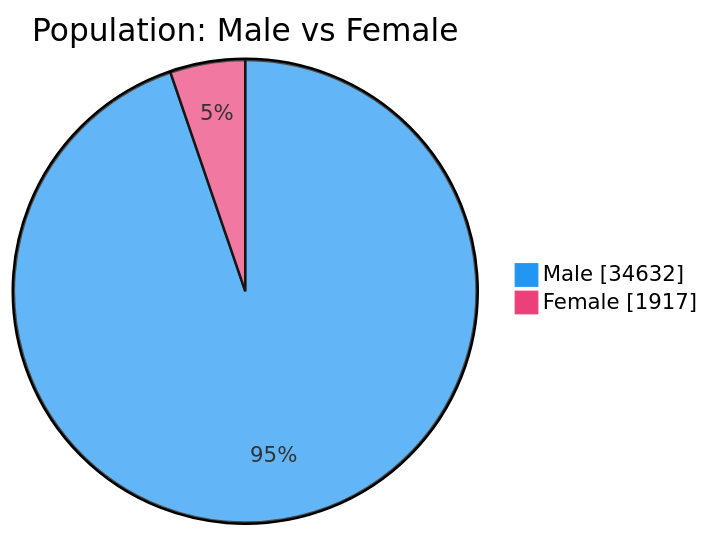
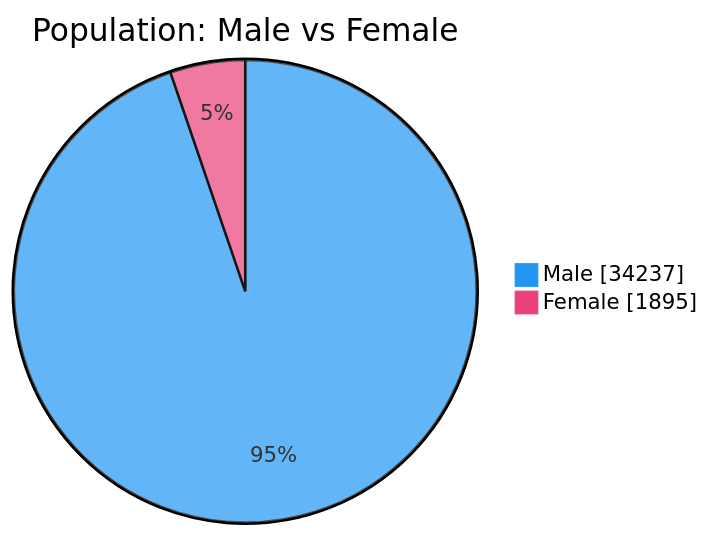
Before and after one commit to nuuuwan/lk_prisons: the second of 7 diagrams in README.md, drawn with Mermaid. The commit also changed other lines of this file and 1 other file, not shown here.

````diff
--- a/README.md
+++ b/README.md
@@ -54,6 +54,6 @@
 ```mermaid
 %%{init: {'themeVariables': {'pie1': '#2196F3', 'pie2': '#EC407A'}}}%%
 pie showData title Population: Male vs Female
-    "Male" : 34632
-    "Female" : 1917
+    "Male" : 34237
+    "Female" : 1895
 ```
````
